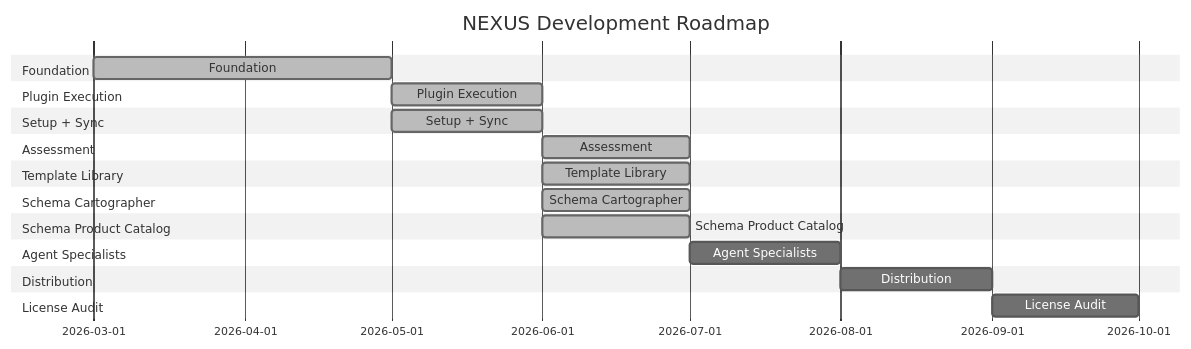
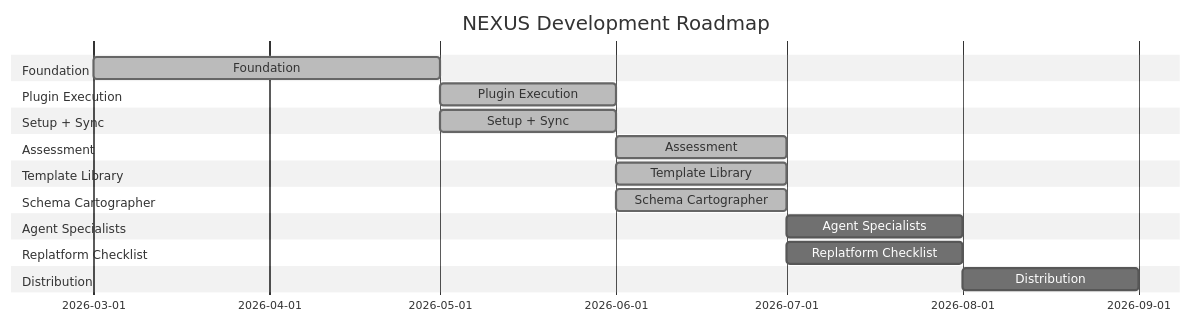
The second of 3 diagrams in README.md (pierregrothe/nexus-sn), drawn with Mermaid (neutral theme) before and after one commit. The commit also changed other lines of this file and 36 other files, not shown here.

First line of the commit message:
feat(replatform): nexus assess inventory + migration (2026.07 replatform checklist) (#55)

````diff
--- a/README.md
+++ b/README.md
@@ -94,25 +94,23 @@
 ```mermaid
 gantt
     title NEXUS Development Roadmap
     dateFormat YYYY-MM
     section Foundation
         Foundation                   :done, 2026-03, 2026-05
     section Plugin Execution
         Plugin Execution             :done, 2026-05, 2026-06
     section Setup + Sync
         Setup + Sync                 :done, 2026-05, 2026-06
     section Assessment
         Assessment                   :done, 2026-06, 2026-07
     section Template Library
         Template Library             :done, 2026-06, 2026-07
     section Schema Cartographer
         Schema Cartographer          :done, 2026-06, 2026-07
-    section Schema Product Catalog
-        Schema Product Catalog       :done, 2026-06, 2026-07
     section Agent Specialists
         Agent Specialists            : 2026-07, 2026-08
+    section Replatform Checklist
+        Replatform Checklist         : 2026-07, 2026-08
     section Distribution
         Distribution                 : 2026-08, 2026-09
-    section License Audit
-        License Audit                : 2026-09, 2026-10
 ```
````
